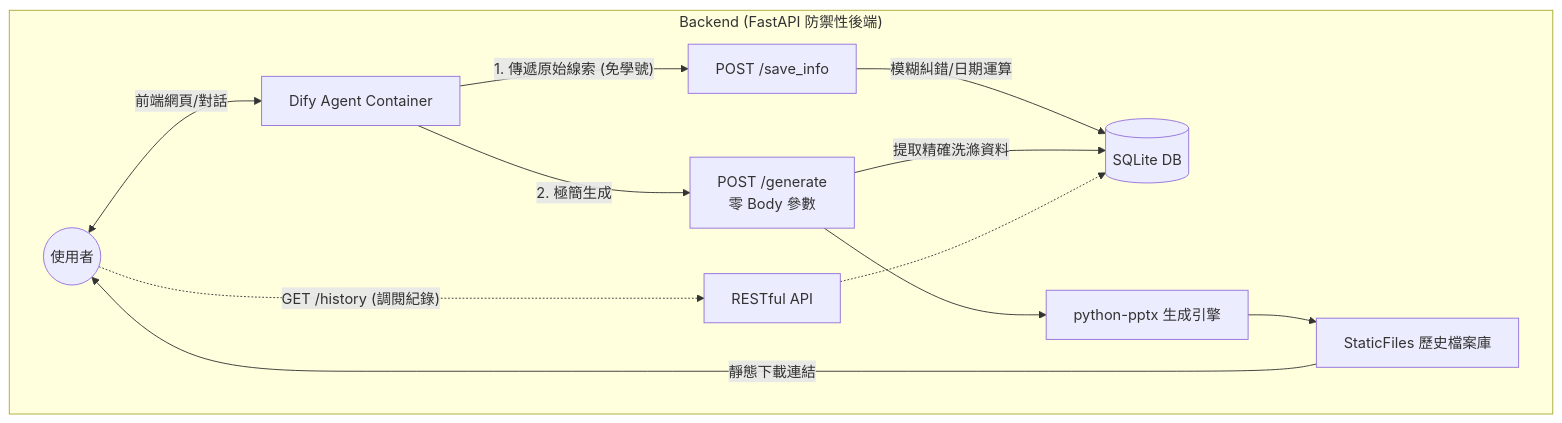
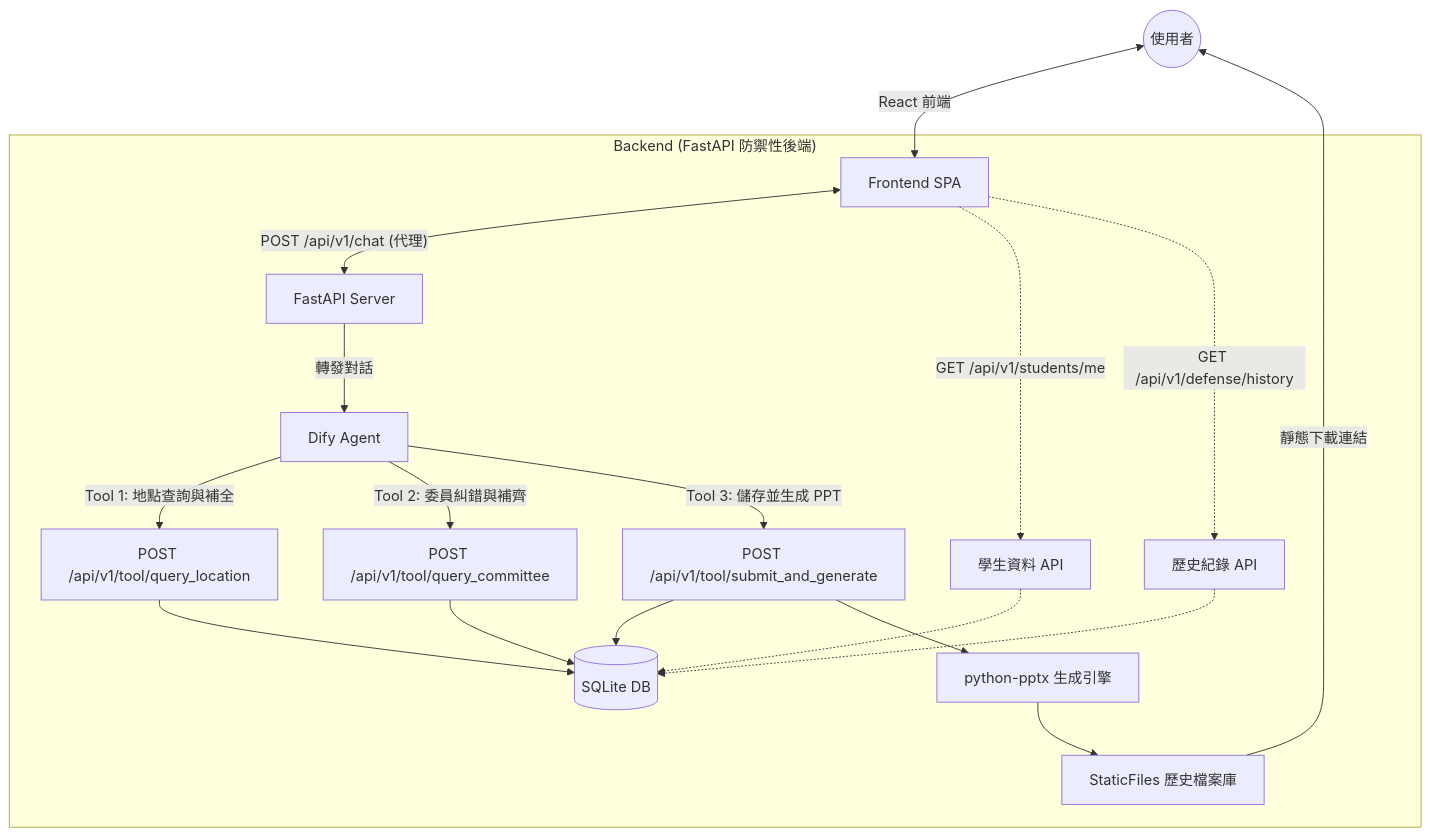
Before and after one commit to NTUST-Lab-training/defense-bot: the diagram in README.md, drawn with Mermaid. The commit also changed other lines of this file and 5 other files, not shown here.

First line of the commit message:
新增功能：更新 Dify 整合的環境變數和 API 文檔

````diff
--- a/README.md
+++ b/README.md
@@ -31,19 +31,26 @@
 ```mermaid
 graph TD
-    User((使用者)) <-->|前端網頁/對話| Dify[Dify Agent Container]
-    
+    User((使用者)) <-->|React 前端| Frontend[Frontend SPA]
+    Frontend <-->|"POST /api/v1/chat (代理)"|Backend
+
     subgraph "Backend (FastAPI 防禦性後端)"
-        Dify --"1. 傳遞原始線索 (免學號)"--> SaveAPI[POST /save_info]
-        SaveAPI --"模糊糾錯/日期運算"--> DB[(SQLite DB)]
+        Backend[FastAPI Server] -->|轉發對話| Dify[Dify Agent]
         
-        Dify --"2. 極簡生成"--> GenAPI[POST /generate <br/> 零 Body 參數]
-        GenAPI --"提取精確洗滌資料"--> DB
+        Dify --"Tool 1: 地點查詢與補全"--> LocAPI["POST /api/v1/tool/query_location"]
+        Dify --"Tool 2: 委員糾錯與補齊"--> ComAPI["POST /api/v1/tool/query_committee"]
+        Dify --"Tool 3: 儲存並生成 PPT"--> GenAPI["POST /api/v1/tool/submit_and_generate"]
+        
+        LocAPI --> DB[(SQLite DB)]
+        ComAPI --> DB
+        GenAPI --> DB
         GenAPI --> PPT[python-pptx 生成引擎]
         PPT --> DL[StaticFiles 歷史檔案庫]
         
-        User -.->|"GET /history (調閱紀錄)"| HistoryAPI[RESTful API]
+        Frontend -.->|"GET /api/v1/students/me"| ProfileAPI[學生資料 API]
+        Frontend -.->|"GET /api/v1/defense/history"| HistoryAPI[歷史紀錄 API]
+        ProfileAPI -.-> DB
         HistoryAPI -.-> DB
     end
     
     DL --"靜態下載連結"--> User
 ```
````
